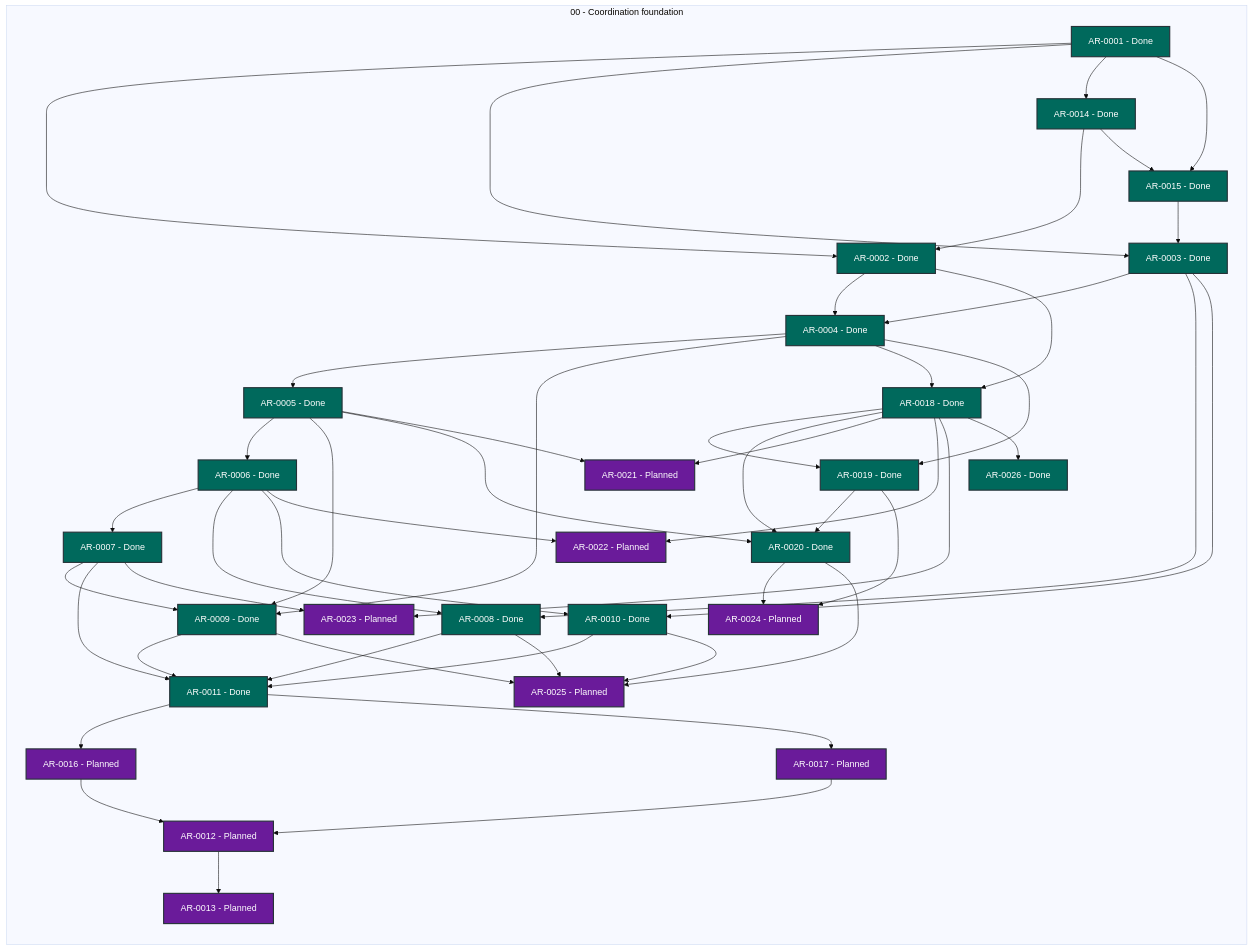
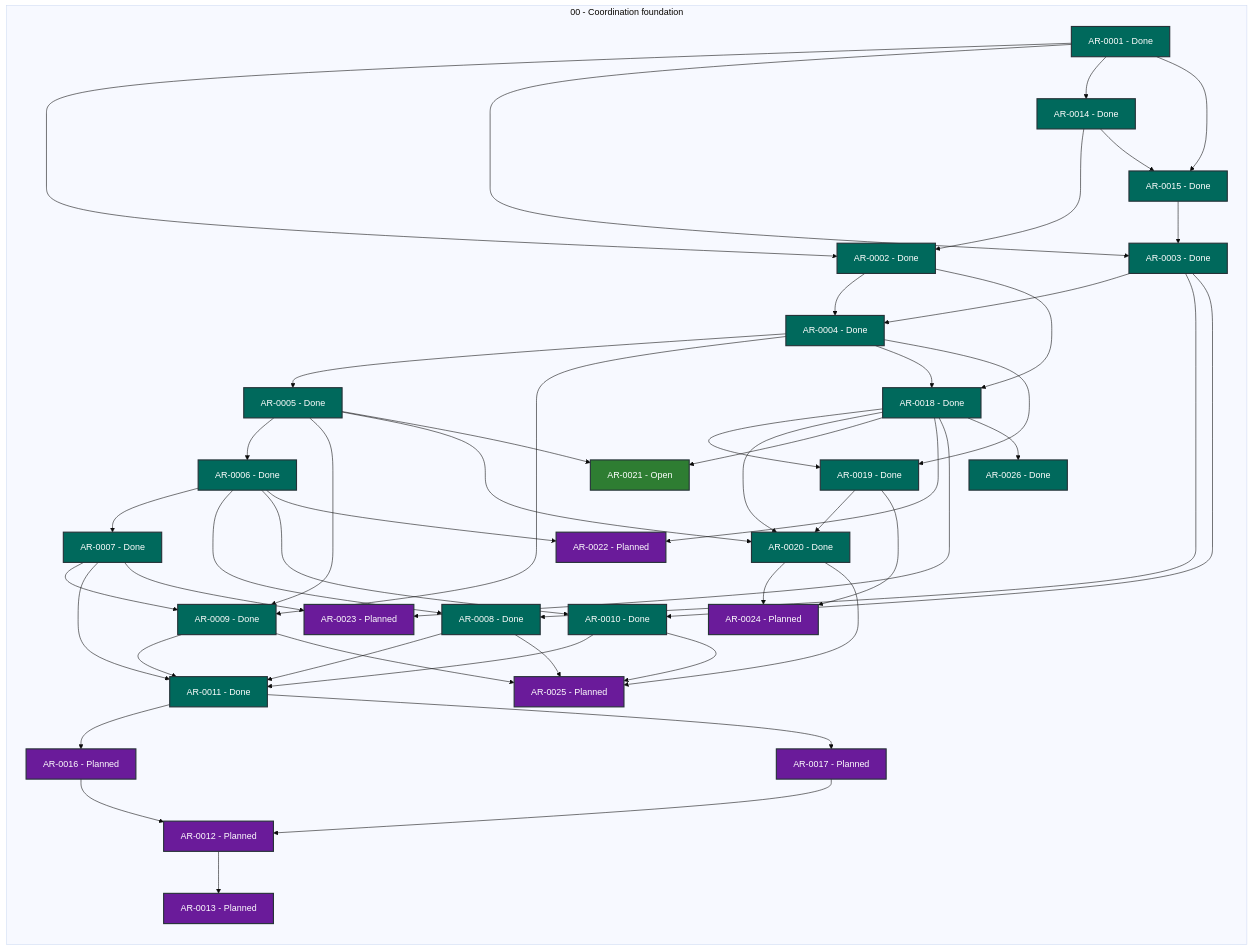
The diagram in STATUS.md (martin-beck/agent-workflow-tui-state), drawn with Mermaid (base theme) before and after one commit. The commit also changed other lines of this file and 2 other files, not shown here.

```diff
--- a/STATUS.md
+++ b/STATUS.md
@@ -48,7 +48,7 @@
         AR_0018["AR-0018 - Done"]:::status_done
         AR_0019["AR-0019 - Done"]:::status_done
         AR_0020["AR-0020 - Done"]:::status_done
-        AR_0021["AR-0021 - Planned"]:::status_planned
+        AR_0021["AR-0021 - Open"]:::status_open
         AR_0022["AR-0022 - Planned"]:::status_planned
         AR_0023["AR-0023 - Planned"]:::status_planned
         AR_0024["AR-0024 - Planned"]:::status_planned
```
